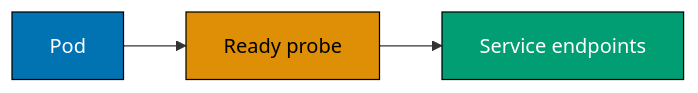
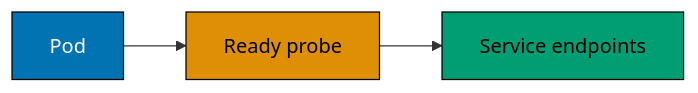
Before and after one commit to wahidyankf/ose-public: the first of 10 diagrams in apps/ayokoding-www/content/en/learn/courses/containers-and-orchestration/learning/advanced.md, drawn with Mermaid. The commit also changed other lines of this file and 144 other files, not shown here.

First line of the commit message:
fix(mermaid): bring the first half of the courses diagrams onto the accessible palette

````diff
--- a/apps/ayokoding-www/content/en/learn/courses/containers-and-orchestration/learning/advanced.md
+++ b/apps/ayokoding-www/content/en/learn/courses/containers-and-orchestration/learning/advanced.md
@@ -16,10 +16,13 @@
 ```mermaid
 graph LR
+  accTitle: Example 56: Readiness probe
+  accDescr: Graph with 3 nodes and 2 connections. Nodes: Pod, Ready probe, Service endpoints. Connections: Pod to Ready probe, Ready probe to Service endpoints.
   P[Pod] --> R[Ready probe] --> E[Service endpoints]
-  classDef blue fill:#0173B2,stroke:#000,color:#fff
-  classDef teal fill:#029E73,stroke:#000,color:#fff
-  classDef orange fill:#DE8F05,stroke:#000,color:#000
+  classDef blue fill:#0173B2,stroke:#000000,color:#FFFFFF
+  classDef teal fill:#029E73,stroke:#000000,color:#000000
+  classDef orange fill:#DE8F05,stroke:#000000,color:#000000
   class P blue
   class R orange
   class E teal
+  classDef default fill:#FFFFFF,stroke:#000000,color:#000000
 ```
````
